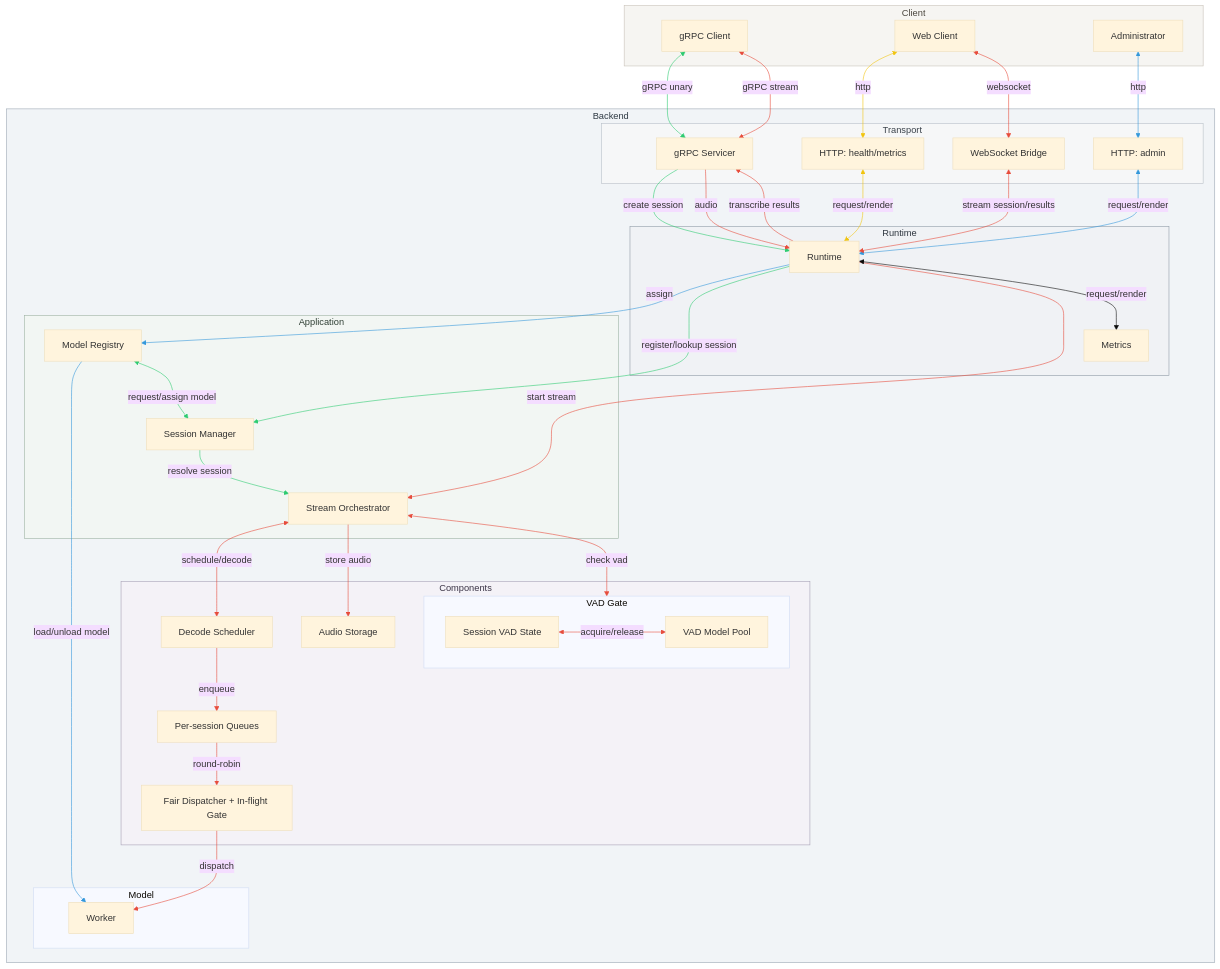
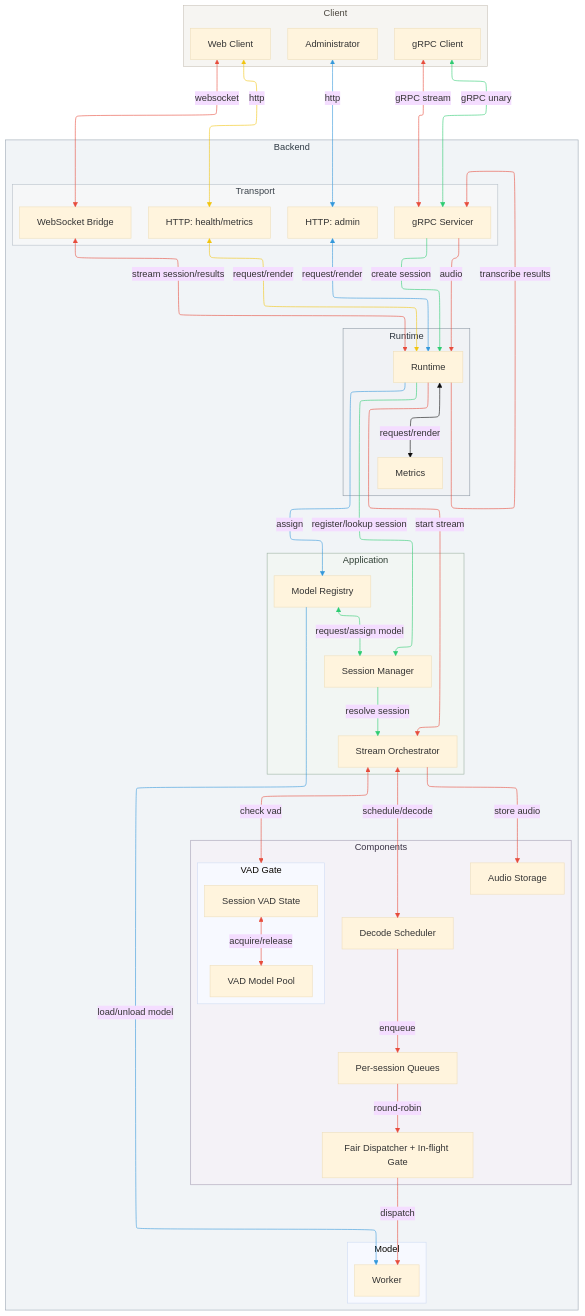
One commit to brightleeh/whisper-streaming-stt-server changed the diagram in README.md. Above: the diagram before and after it, drawn with Mermaid (base theme). The commit also changed other lines of this file, not shown here.

````diff
--- a/README.md
+++ b/README.md
@@ -420,4 +420,5 @@
 ```mermaid
+%%{init: {"flowchart": {"defaultRenderer": "elk"}} }%%
 flowchart TD
   subgraph Client[Client]
     GrpcClient[gRPC Client]
````
